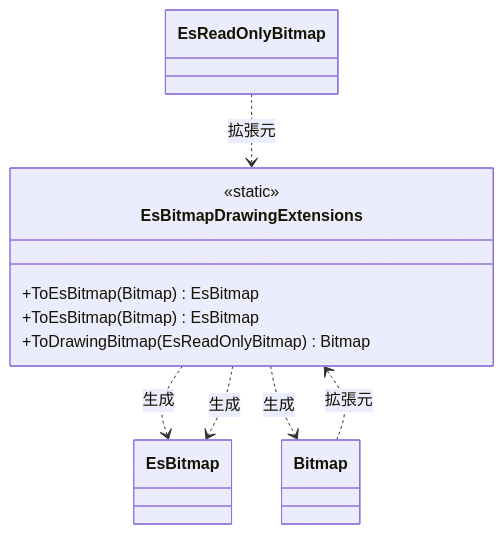
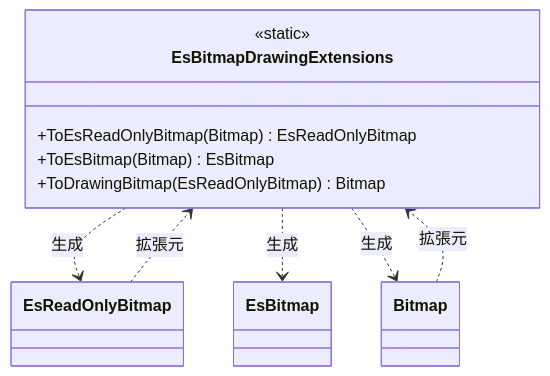
One commit to tomokuni/SaveEvidence changed the second of 2 diagrams in src/EsUtil.Platform.Core.Windows/docs/SPEC_System.md. Above: the diagram before and after it, drawn with Mermaid. The commit also changed other lines of this file and 21 other files, not shown here.

````diff
--- a/src/EsUtil.Platform.Core.Windows/docs/SPEC_System.md
+++ b/src/EsUtil.Platform.Core.Windows/docs/SPEC_System.md
@@ -63,18 +63,17 @@
 ```mermaid
 classDiagram
     class EsBitmapDrawingExtensions {
         <<static>>
-        +ToEsBitmap(Bitmap) EsBitmap
+        +ToEsReadOnlyBitmap(Bitmap) EsReadOnlyBitmap
         +ToEsBitmap(Bitmap) EsBitmap
         +ToDrawingBitmap(EsReadOnlyBitmap) Bitmap
     }
     class Bitmap
     class EsReadOnlyBitmap
     class EsBitmap
-    class EsBitmap
     Bitmap ..> EsBitmapDrawingExtensions : 拡張元
     EsReadOnlyBitmap ..> EsBitmapDrawingExtensions : 拡張元
-    EsBitmapDrawingExtensions ..> EsBitmap : 生成
+    EsBitmapDrawingExtensions ..> EsReadOnlyBitmap : 生成
     EsBitmapDrawingExtensions ..> EsBitmap : 生成
     EsBitmapDrawingExtensions ..> Bitmap : 生成
 ```
````
